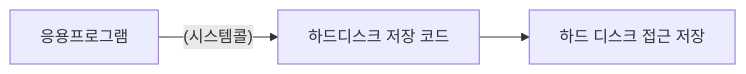
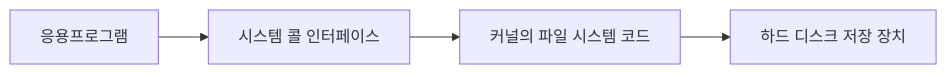
Before and after one commit to kikiru328/maylog: the second of 2 diagrams in content/cs/08.2-system-call.md, drawn with Mermaid. The commit also changed other lines of this file and 5 other files, not shown here.

````diff
--- a/content/cs/08.2-system-call.md
+++ b/content/cs/08.2-system-call.md
@@ -26,8 +42,10 @@
 ```mermaid
 graph LR
 A[응용프로그램]
-B[하드디스크 저장 코드]
-C[하드 디스크 접근 저장]
+B[시스템 콜 인터페이스]
+C[커널의 파일 시스템 코드]
+D[하드 디스크 저장 장치]
 
-A--(시스템콜)-->B-->C
+A --> B --> C --> D
+
 ```
````
